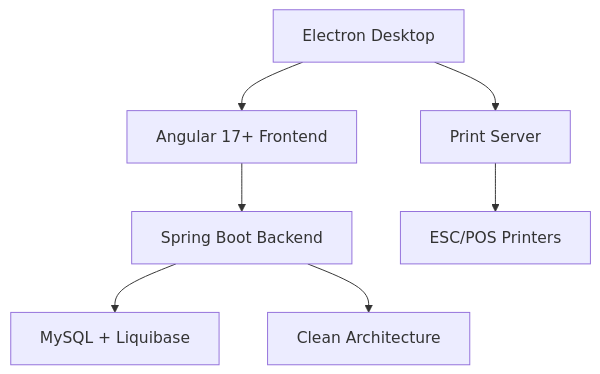
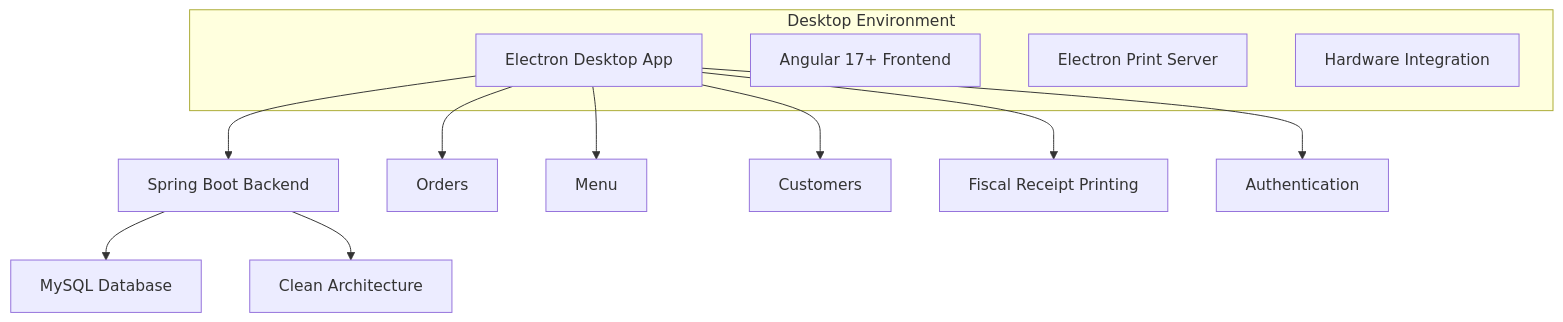
Before and after one commit to wmakeouthill/certificados-wesley: the first of 2 diagrams in portfolio-content/projects/experimenta-ai---soneca-english.md, drawn with Mermaid.

Commit message:
correcao parse

````diff
--- a/portfolio-content/projects/experimenta-ai---soneca-english.md
+++ b/portfolio-content/projects/experimenta-ai---soneca-english.md
@@ -20,10 +20,18 @@
 ```mermaid
-%%{title: "Experimenta AI - Soneca Architecture"}%%
 graph TB
-    A[Electron Desktop] --> B[Angular 17+ Frontend]
-    A --> C[Print Server]
-    B --> D[Spring Boot Backend]
-    D --> E[MySQL + Liquibase]
-    D --> F[Clean Architecture]
-    C --> G[ESC/POS Printers]
+    A[Electron Desktop App] --> B[Spring Boot Backend]
+    B --> C[MySQL Database]
+    B --> D[Clean Architecture]
+    A --> E[Orders]
+    A --> F[Menu]
+    A --> G[Customers]
+    A --> H[Fiscal Receipt Printing]
+    A --> I[Authentication]
+    
+    subgraph "Desktop Environment"
+        A
+        J[Angular 17+ Frontend]
+        K[Electron Print Server]
+        L[Hardware Integration]
+    end
 ```
````
